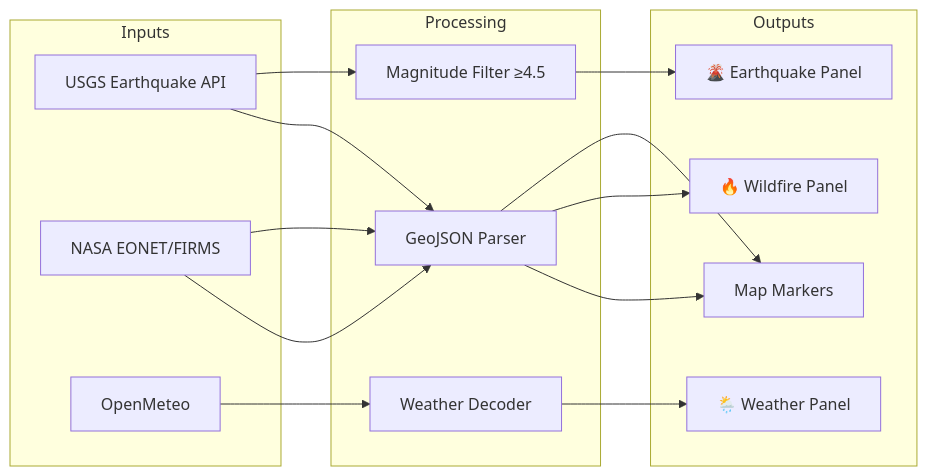
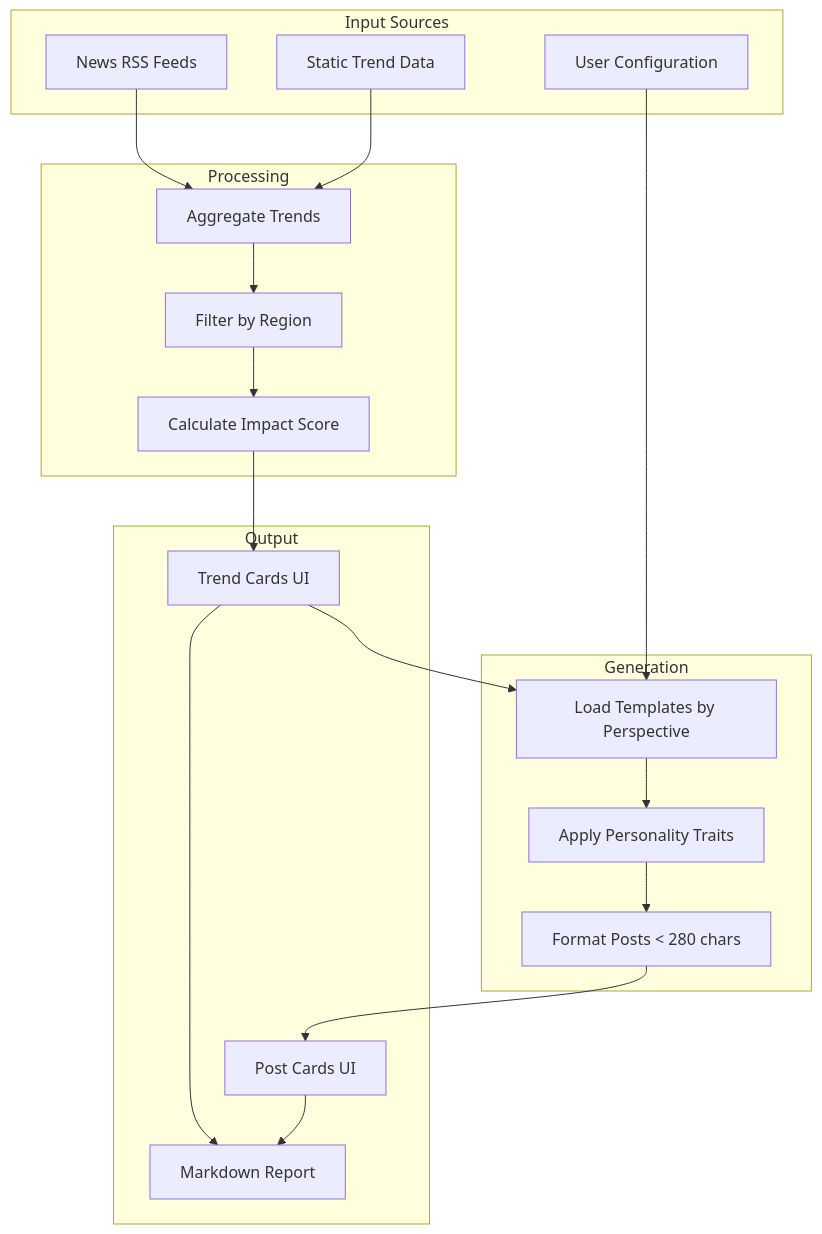
The seventh of 15 diagrams in README.md (DOMINUSBABEL/colombia-live-monitor), drawn with Mermaid before and after one commit. The commit also changed other lines of this file, not shown here.

Commit message:
docs: Expand README 400%+ with Political Intel docs, algorithms, Mermaid diagrams, and v6.0 features

````diff
--- a/README.md
+++ b/README.md
@@ -285,27 +389,42 @@
 ```mermaid
-flowchart LR
-    subgraph Inputs
-        USGS[USGS Earthquake API]
-        NASA[NASA EONET/FIRMS]
-        OM[OpenMeteo]
+flowchart TD
+    subgraph "Input Sources"
+        RSS[News RSS Feeds]
+        Static[Static Trend Data]
+        UserConfig[User Configuration]
     end
     
-    subgraph Processing
-        Filter[Magnitude Filter ≥4.5]
-        Geo[GeoJSON Parser]
-        Weather[Weather Decoder]
+    subgraph "Processing"
+        Aggregate[Aggregate Trends]
+        Filter[Filter by Region]
+        Score[Calculate Impact Score]
     end
     
-    subgraph Outputs
-        EQ[🌋 Earthquake Panel]
-        Fire[🔥 Wildfire Panel]
-        Climate[🌦️ Weather Panel]
-        MapLayer[Map Markers]
+    subgraph "Generation"
+        Templates[Load Templates by Perspective]
+        Personality[Apply Personality Traits]
+        Format[Format Posts < 280 chars]
     end
     
-    USGS --> Filter --> EQ
-    USGS --> Geo --> MapLayer
-    NASA --> Geo --> Fire
-    NASA --> Geo --> MapLayer
-    OM --> Weather --> Climate
+    subgraph "Output"
+        TrendCards[Trend Cards UI]
+        PostCards[Post Cards UI]
+        Report[Markdown Report]
+    end
+    
+    RSS --> Aggregate
+    Static --> Aggregate
+    UserConfig --> Templates
+    
+    Aggregate --> Filter
+    Filter --> Score
+    Score --> TrendCards
+    
+    TrendCards --> Templates
+    Templates --> Personality
+    Personality --> Format
+    Format --> PostCards
+    
+    TrendCards --> Report
+    PostCards --> Report
 ```
````
